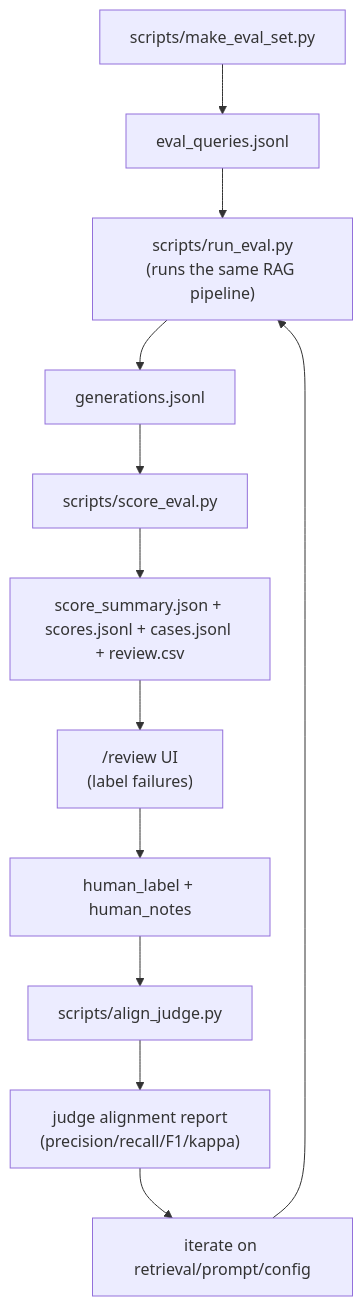
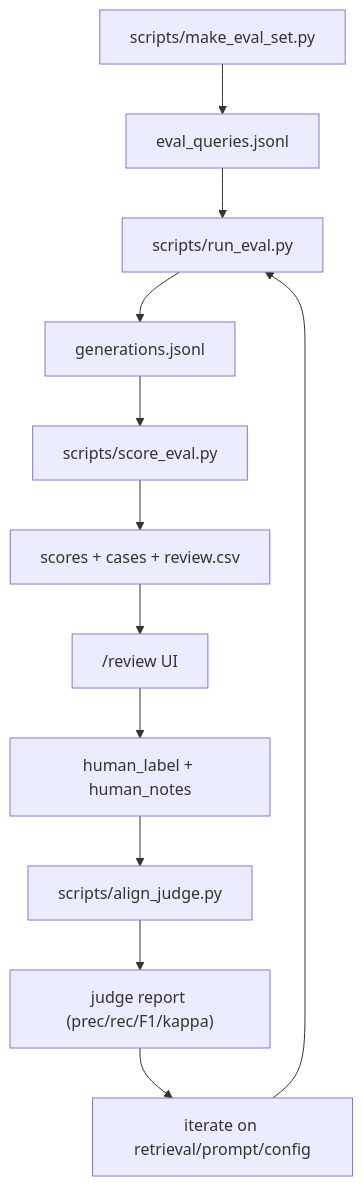
The third of 8 diagrams in README.md (linminhtoo/andromeda), drawn with Mermaid before and after one commit. The commit also changed other lines of this file, not shown here.

Commit message:
doc(README): fix mermaid line breaks

````diff
--- a/README.md
+++ b/README.md
@@ -73,9 +73,9 @@
 ```mermaid
 flowchart TB
   Q[scripts/make_eval_set.py] --> QL[eval_queries.jsonl]
-  QL --> RUN["scripts/run_eval.py<br>(runs the same RAG pipeline)"] --> GEN[generations.jsonl]
-  GEN --> SCORE[scripts/score_eval.py] --> ART[score_summary.json + scores.jsonl + cases.jsonl + review.csv]
-  ART --> REVIEW["/review UI<br>(label failures)"] --> LABELS[human_label + human_notes]
-  LABELS --> ALIGN[scripts/align_judge.py] --> RPT["judge alignment report<br>(precision/recall/F1/kappa)"]
+  QL --> RUN[scripts/run_eval.py] --> GEN[generations.jsonl]
+  GEN --> SCORE[scripts/score_eval.py] --> ART["scores + cases + review.csv"]
+  ART --> REVIEW["/review UI"] --> LABELS[human_label + human_notes]
+  LABELS --> ALIGN[scripts/align_judge.py] --> RPT["judge report (prec/rec/F1/kappa)"]
   RPT --> ITER[iterate on retrieval/prompt/config] --> RUN
 ```
````
